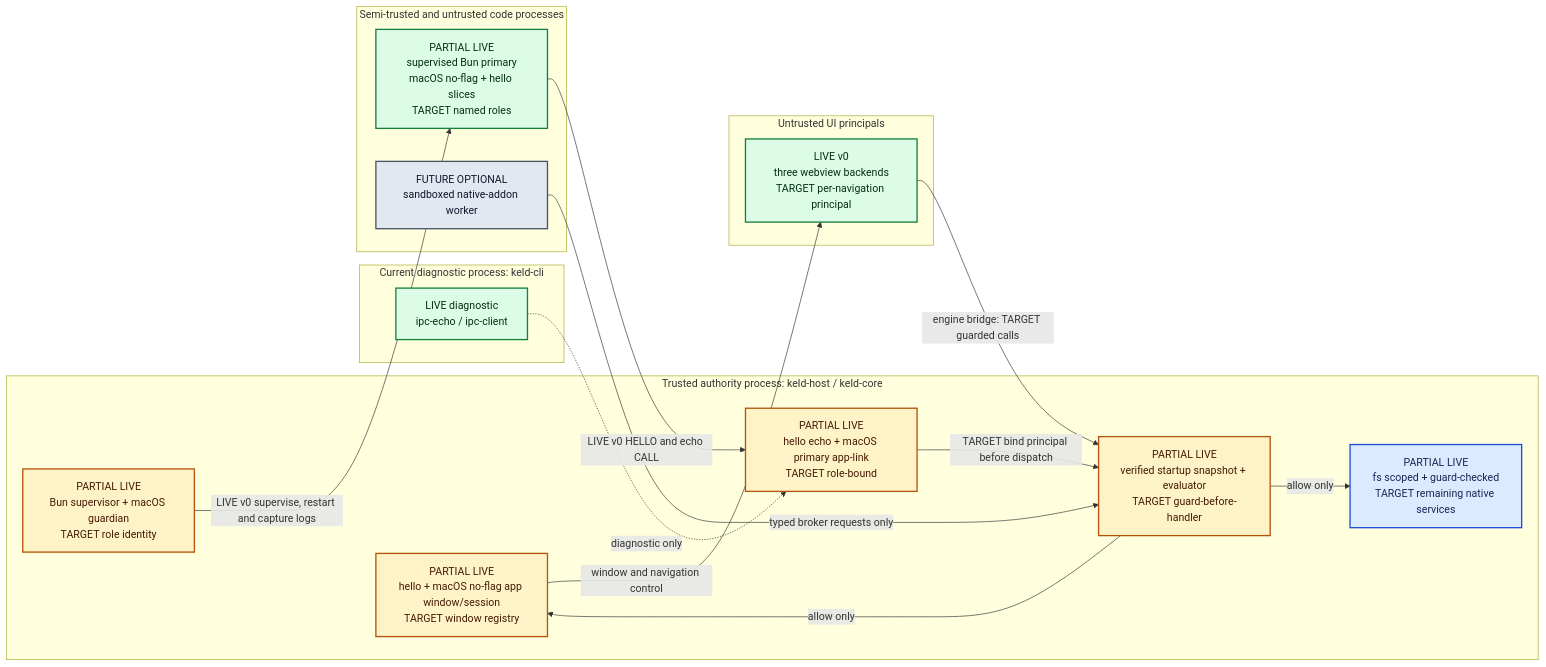
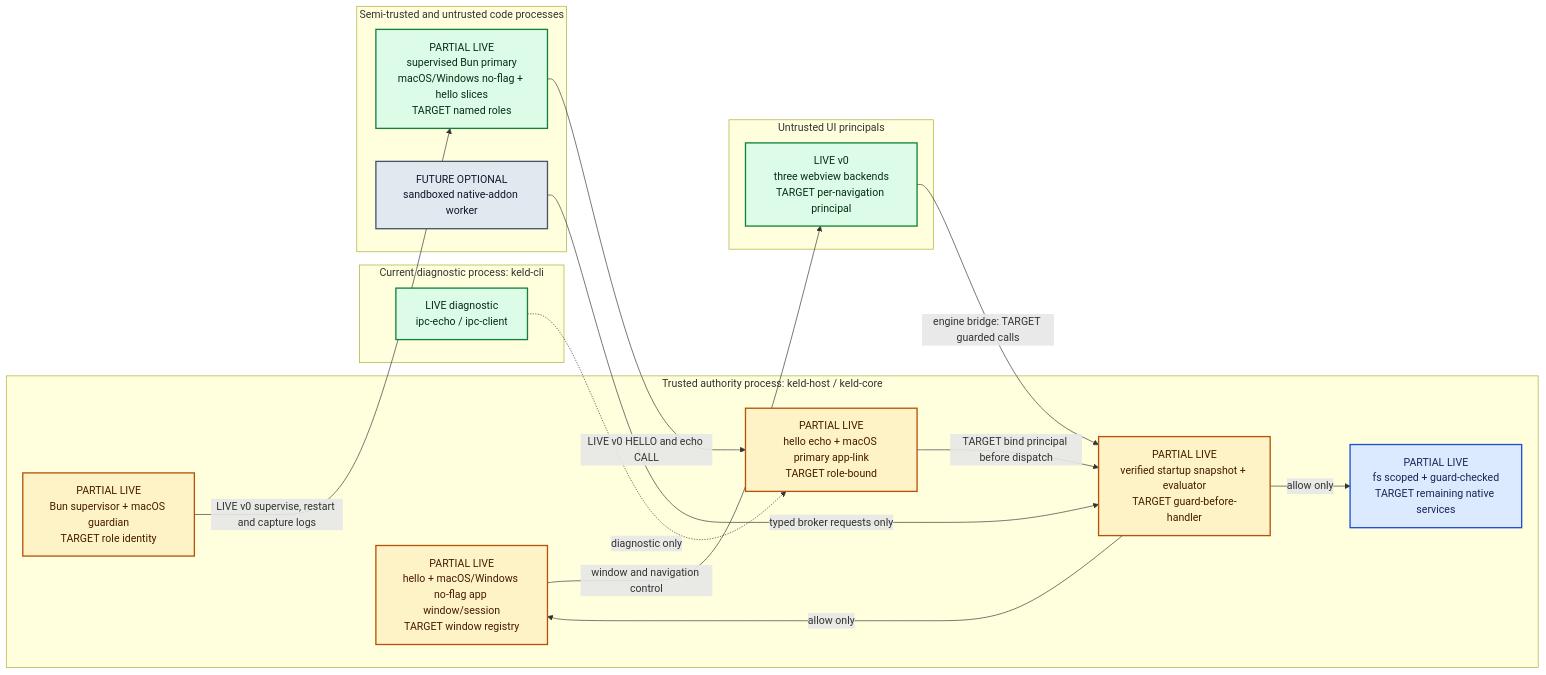
Before and after one commit to gyldlab/keld: the diagram in docs/architecture/01-overview.md, drawn with Mermaid. The commit also changed other lines of this file and 25 other files, not shown here.

Commit message:
feat(host): add Windows no-flag app session

````diff
--- a/docs/architecture/01-overview.md
+++ b/docs/architecture/01-overview.md
@@ -9,56 +9,56 @@
 ```mermaid
 flowchart LR
     accTitle: Keld process and trust topology
     accDescr {
       The trusted Rust host owns privileged resources and mediates webview and Bun-role
       requests. The live v0 slice has three webview backends, a guard evaluator, a
       host-owned token-authenticated echo link co-lived with the hello window (KEL-30),
-      the macOS no-flag validated host/window/primary-session slice (KEL-96 T1a/T1b)
+      the macOS and Windows no-flag validated host/window/primary-session slices (KEL-96)
       with KEL-102/T2's verified immutable startup policy snapshot,
       KEL-70/KEL-116 supervision, and guard-checked scoped filesystem access (KEL-71).
       Full role-bound app-link identity, guarded role
       dispatch, the remaining native services, and an optional sandboxed native-addon
       worker remain destination behavior.
     }
 
     subgraph Host["Trusted authority process: keld-host / keld-core"]
-        Core["PARTIAL LIVE<br/>hello + macOS no-flag app window/session<br/>TARGET window registry"]
+        Core["PARTIAL LIVE<br/>hello + macOS/Windows no-flag app window/session<br/>TARGET window registry"]
         Link["PARTIAL LIVE<br/>hello echo + macOS primary app-link<br/>TARGET role-bound"]
         Guard["PARTIAL LIVE<br/>verified startup snapshot + evaluator<br/>TARGET guard-before-handler"]
         Native["PARTIAL LIVE<br/>fs scoped + guard-checked<br/>TARGET remaining native services"]
         Runtime["PARTIAL LIVE<br/>Bun supervisor + macOS guardian<br/>TARGET role identity"]
     end
 
     subgraph Prototype["Current diagnostic process: keld-cli"]
         CliDiag["LIVE diagnostic<br/>ipc-echo / ipc-client"]
     end
 
     subgraph UI["Untrusted UI principals"]
         Webview["LIVE v0<br/>three webview backends<br/>TARGET per-navigation principal"]
     end
 
     subgraph JS["Semi-trusted and untrusted code processes"]
-        App["PARTIAL LIVE<br/>supervised Bun primary<br/>macOS no-flag + hello slices<br/>TARGET named roles"]
+        App["PARTIAL LIVE<br/>supervised Bun primary<br/>macOS/Windows no-flag + hello slices<br/>TARGET named roles"]
         Addon["FUTURE OPTIONAL<br/>sandboxed native-addon worker"]
     end
 
     Runtime -->|LIVE v0 supervise, restart and capture logs| App
     App -->|LIVE v0 HELLO and echo CALL| Link
     CliDiag -.->|diagnostic only| Link
     Link -->|TARGET bind principal before dispatch| Guard
     Webview -->|engine bridge: TARGET guarded calls| Guard
     Addon -->|typed broker requests only| Guard
     Guard -->|allow only| Core
     Guard -->|allow only| Native
     Core -->|window and navigation control| Webview
 
     classDef current fill:#dcfce7,stroke:#15803d,color:#052e16,stroke-width:2px;
     classDef target fill:#dbeafe,stroke:#1d4ed8,color:#172554,stroke-width:2px;
     classDef gate fill:#fef3c7,stroke:#b45309,color:#451a03,stroke-width:2px;
     classDef external fill:#e2e8f0,stroke:#475569,color:#0f172a,stroke-width:2px;
 
     class Native target;
     class Core,Link,Runtime,Guard gate;
     class CliDiag,Webview,App current;
     class Addon external;
 ```
````
